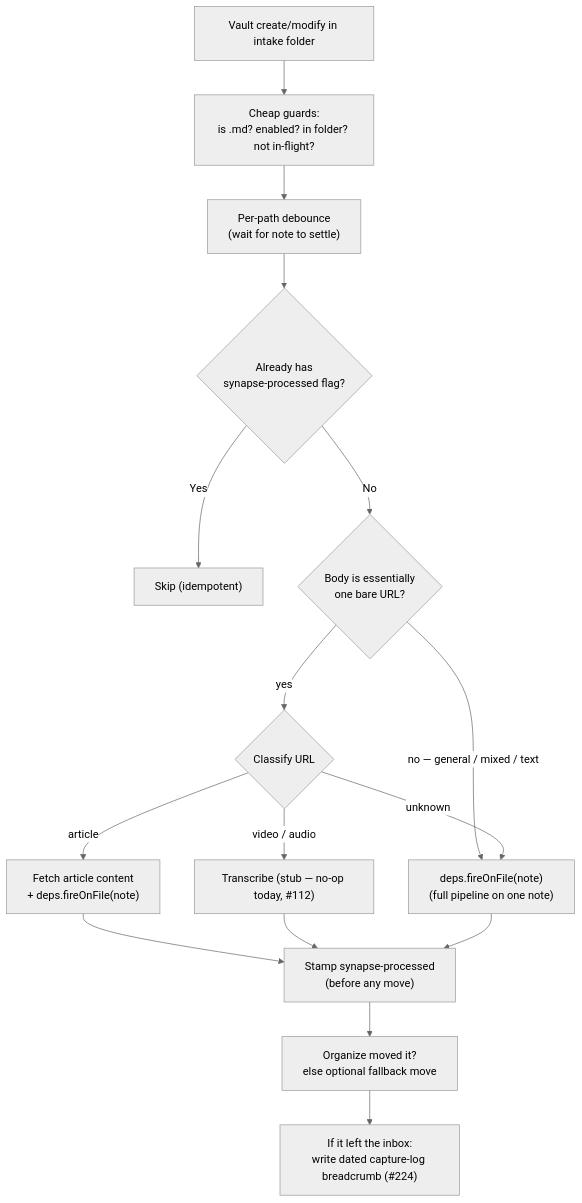
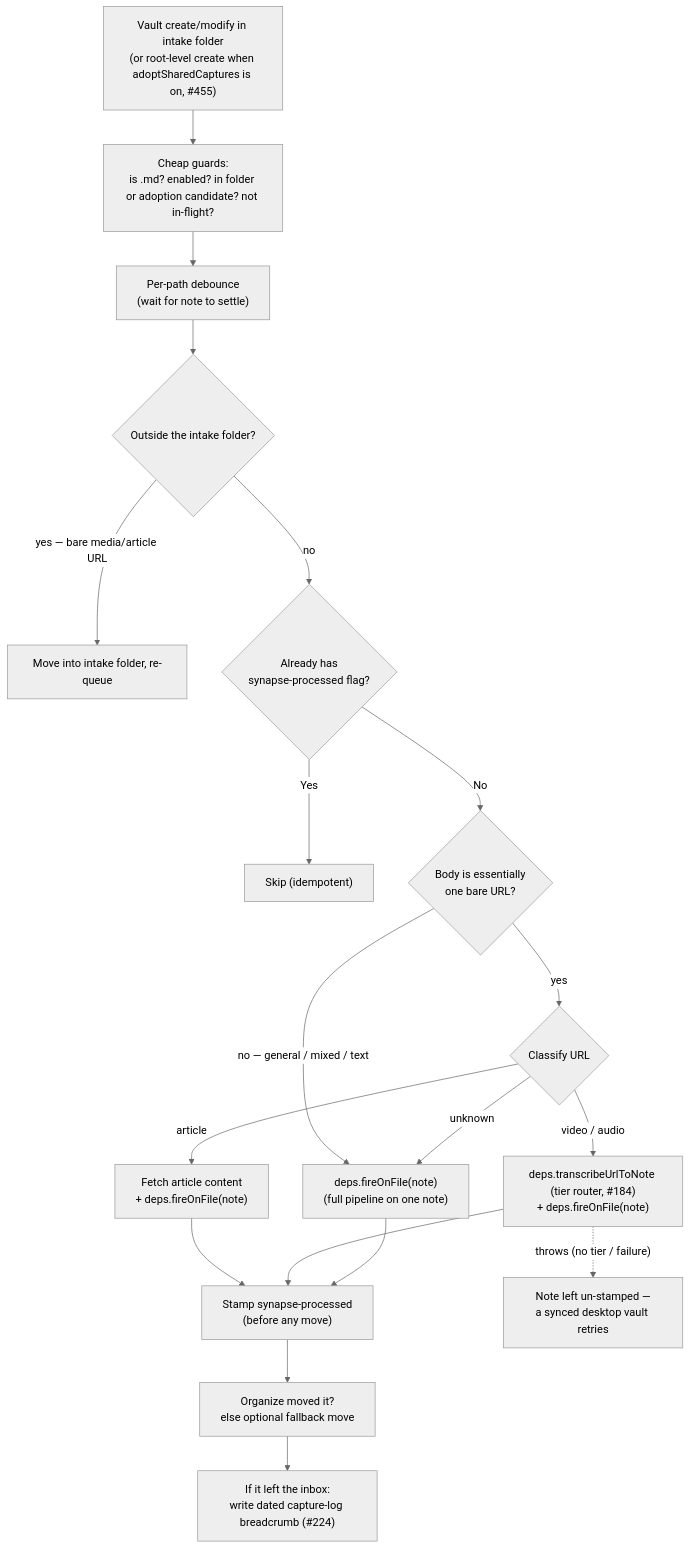
The fourth of 12 diagrams in ARCHITECTURE.md (dustinkeeton/obsidian-synapse), drawn with Mermaid (neutral theme) before and after one commit. The commit also changed other lines of this file and 16 other files, not shown here.

````diff
--- a/ARCHITECTURE.md
+++ b/ARCHITECTURE.md
@@ -393,18 +413,21 @@
 ```mermaid
 graph TB
-    Event["Vault create/modify in intake folder"] --> Guard["Cheap guards:<br/>is .md? enabled? in folder? not in-flight?"]
+    Event["Vault create/modify in intake folder<br/>(or root-level create when adoptSharedCaptures is on, #455)"] --> Guard["Cheap guards:<br/>is .md? enabled? in folder or adoption candidate? not in-flight?"]
     Guard --> Debounce["Per-path debounce<br/>(wait for note to settle)"]
-    Debounce --> Idem{"Already has<br/>synapse-processed flag?"}
+    Debounce --> Adopt{"Outside the intake folder?"}
+    Adopt -->|"yes — bare media/article URL"| Move0["Move into intake folder, re-queue"]
+    Adopt -->|no| Idem{"Already has<br/>synapse-processed flag?"}
     Idem -->|Yes| Skip["Skip (idempotent)"]
     Idem -->|No| Bare{"Body is essentially<br/>one bare URL?"}
     Bare -->|"no — general / mixed / text"| Fire["deps.fireOnFile(note)<br/>(full pipeline on one note)"]
     Bare -->|yes| Classify{"Classify URL"}
     Classify -->|article| Article["Fetch article content<br/>+ deps.fireOnFile(note)"]
-    Classify -->|"video / audio"| Stub["Transcribe (stub — no-op today, #112)"]
+    Classify -->|"video / audio"| Media["deps.transcribeUrlToNote (tier router, #184)<br/>+ deps.fireOnFile(note)"]
     Classify -->|unknown| Fire
     Article --> Stamp
-    Stub --> Stamp
+    Media --> Stamp
     Fire --> Stamp["Stamp synapse-processed<br/>(before any move)"]
+    Media -.->|"throws (no tier / failure)"| Retry["Note left un-stamped —<br/>a synced desktop vault retries"]
     Stamp --> Move["Organize moved it?<br/>else optional fallback move"]
     Move --> Log["If it left the inbox:<br/>write dated capture-log breadcrumb (#224)"]
 ```
````
